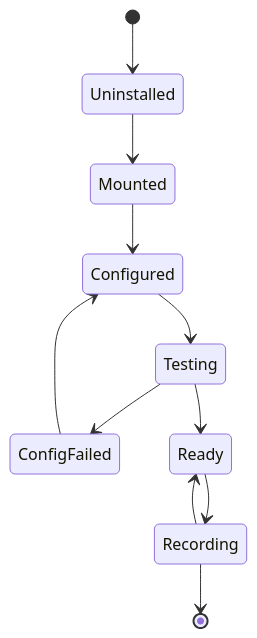
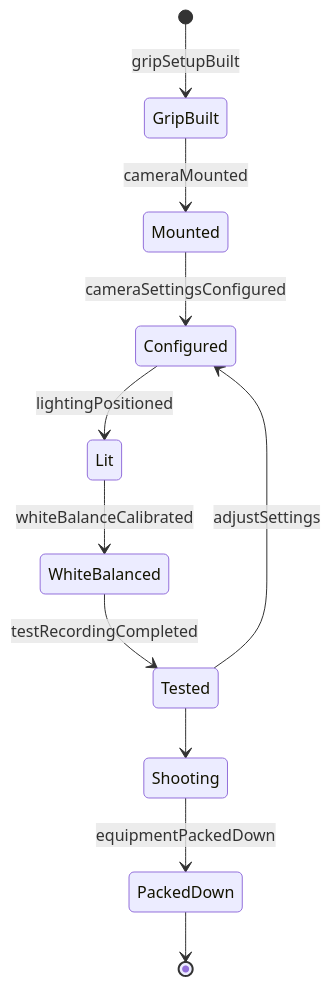
Before and after one commit to dot-org-ai/tasks.org.ai: the second of 4 diagrams in HandlingAndMovingObjects/SetUpEquipment/SetUpStillVideoCameras.mdx, drawn with Mermaid. The commit also changed other lines of this file and 515 other files, not shown here.

````diff
--- a/HandlingAndMovingObjects/SetUpEquipment/SetUpStillVideoCameras.mdx
+++ b/HandlingAndMovingObjects/SetUpEquipment/SetUpStillVideoCameras.mdx
@@ -97,13 +97,13 @@
 ```mermaid
 stateDiagram-v2
-    [*] --> Uninstalled
-    Uninstalled --> Mounted
-    Mounted --> Configured
-    Configured --> Testing
-    Testing --> ConfigFailed
-    ConfigFailed --> Configured
-    Testing --> Ready
-    Ready --> Recording
-    Recording --> Ready
-    Recording --> [*]
+    [*] --> GripBuilt : gripSetupBuilt
+    GripBuilt --> Mounted : cameraMounted
+    Mounted --> Configured : cameraSettingsConfigured
+    Configured --> Lit : lightingPositioned
+    Lit --> WhiteBalanced : whiteBalanceCalibrated
+    WhiteBalanced --> Tested : testRecordingCompleted
+    Tested --> Configured : adjustSettings
+    Tested --> Shooting
+    Shooting --> PackedDown : equipmentPackedDown
+    PackedDown --> [*]
 ```
````
